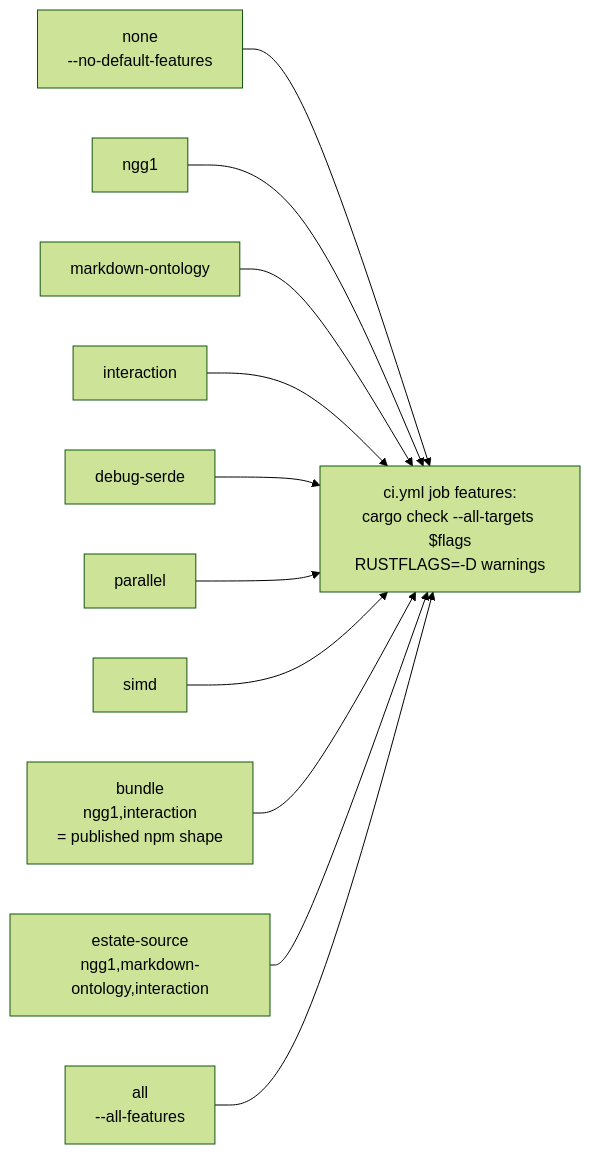
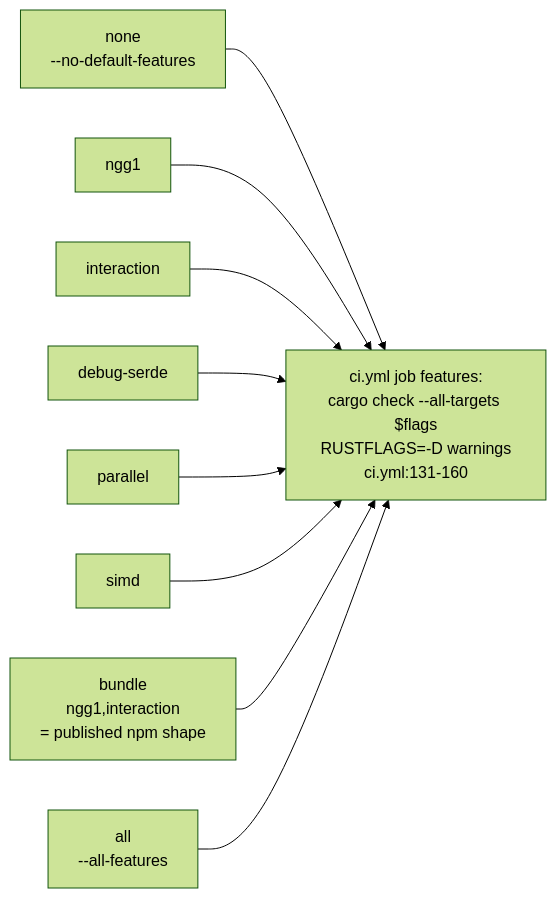
Before and after one commit to DreamLab-AI/VisionFlow: the second of 6 diagrams in docs/diagrams/vowl-wasm/05-build-test-bench-and-publish.md, drawn with Mermaid (forest theme). The commit also changed other lines of this file and 160 other files, not shown here.

````diff
--- a/docs/diagrams/vowl-wasm/05-build-test-bench-and-publish.md
+++ b/docs/diagrams/vowl-wasm/05-build-test-bench-and-publish.md
@@ -36,24 +44,20 @@
 ```mermaid
 flowchart LR
     NONE["none<br/>--no-default-features"]
     NGG1["ngg1"]
-    MD["markdown-ontology"]
     INT["interaction"]
     DBG["debug-serde"]
     PAR["parallel"]
     SIMD["simd"]
     BUNDLE["bundle<br/>ngg1,interaction<br/>= published npm shape"]
-    ESTATE["estate-source<br/>ngg1,markdown-ontology,interaction"]
     ALL["all<br/>--all-features"]
-    MATRIX["ci.yml job features:<br/>cargo check --all-targets $flags<br/>RUSTFLAGS=-D warnings"]
+    MATRIX["ci.yml job features:<br/>cargo check --all-targets $flags<br/>RUSTFLAGS=-D warnings<br/>ci.yml:131-160"]
     NONE --> MATRIX
     NGG1 --> MATRIX
-    MD --> MATRIX
     INT --> MATRIX
     DBG --> MATRIX
     PAR --> MATRIX
     SIMD --> MATRIX
     BUNDLE --> MATRIX
-    ESTATE --> MATRIX
     ALL --> MATRIX
 ```
````
